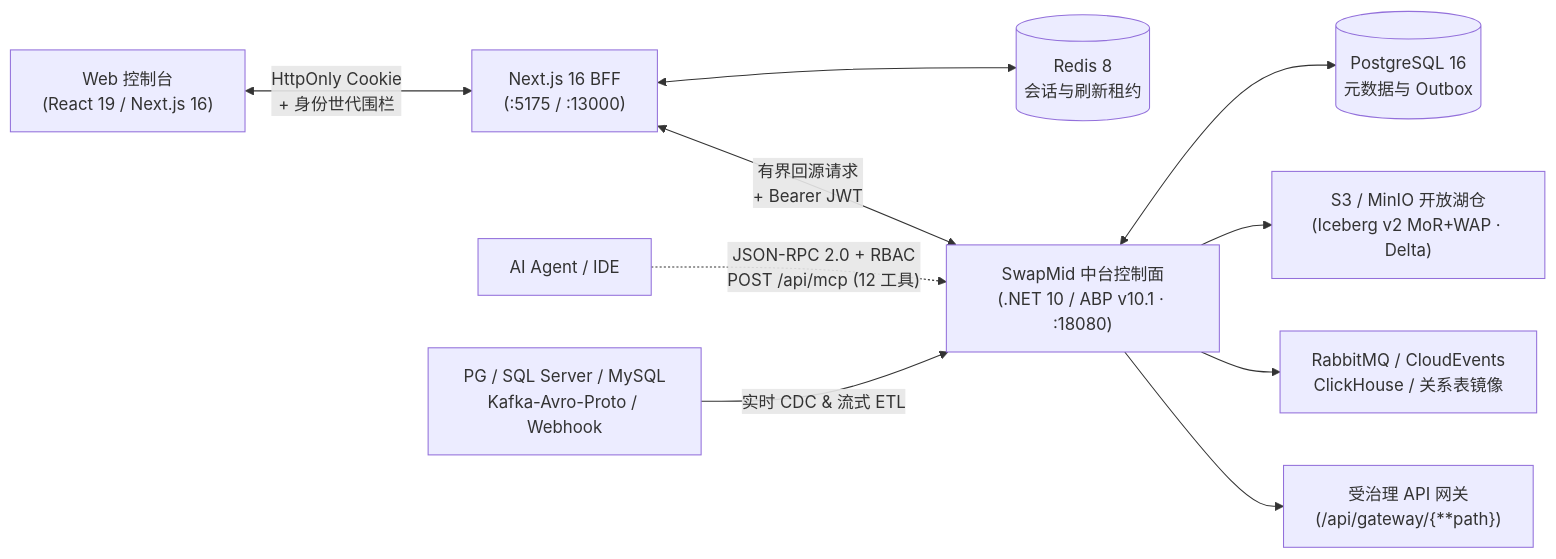
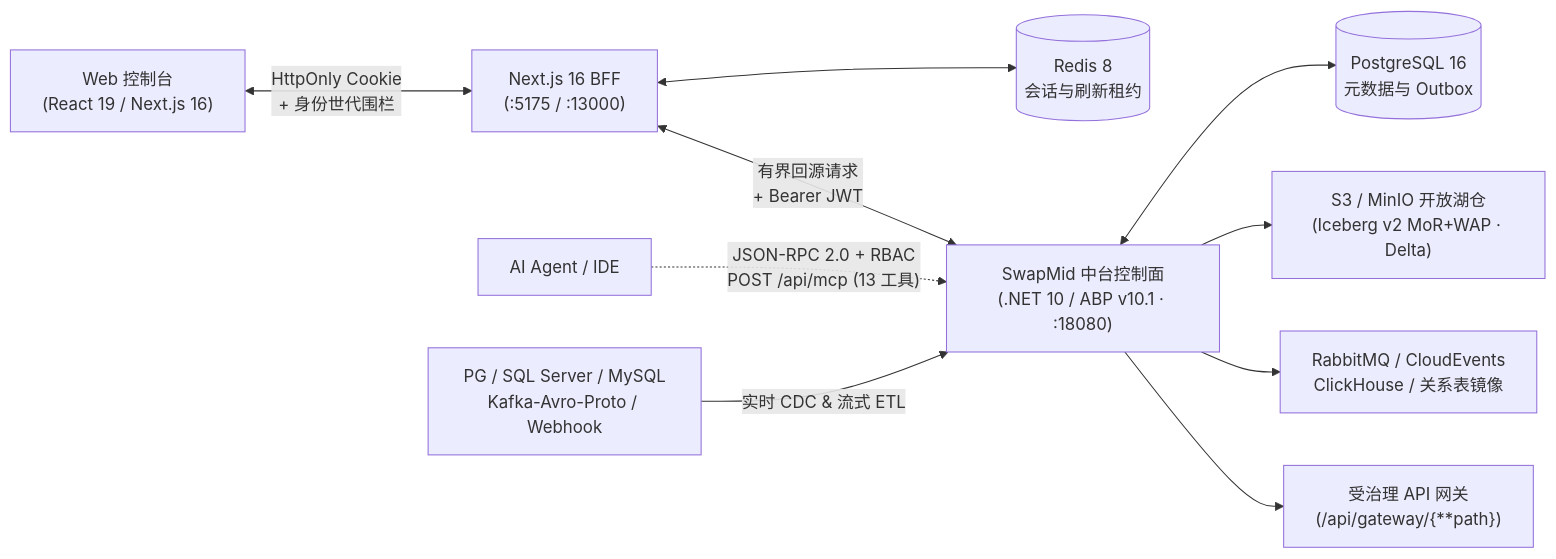
The diagram in README.zh-CN.md (q871958549/SwapMid), drawn with Mermaid before and after one commit. The commit also changed other lines of this file and 68 other files, not shown here.

````diff
--- a/README.zh-CN.md
+++ b/README.zh-CN.md
@@ -31,12 +31,12 @@
 ```mermaid
 flowchart LR
   Browser["Web 控制台\n(React 19 / Next.js 16)"] <-->|"HttpOnly Cookie\n+ 身份世代围栏"| BFF["Next.js 16 BFF\n(:5175 / :13000)"]
   BFF <--> Redis[("Redis 8\n会话与刷新租约")]
   BFF <-->|"有界回源请求\n+ Bearer JWT"| Core["SwapMid 中台控制面\n(.NET 10 / ABP v10.1 · :18080)"]
-  AI["AI Agent / IDE"] -.->|"JSON-RPC 2.0 + RBAC\nPOST /api/mcp (12 工具)"| Core
+  AI["AI Agent / IDE"] -.->|"JSON-RPC 2.0 + RBAC\nPOST /api/mcp (13 工具)"| Core
   Core <--> PG[("PostgreSQL 16\n元数据与 Outbox")]
   Sources["PG / SQL Server / MySQL\nKafka-Avro-Proto / Webhook"] -->|"实时 CDC & 流式 ETL"| Core
   Core --> Lake["S3 / MinIO 开放湖仓\n(Iceberg v2 MoR+WAP · Delta)"]
   Core --> Bus["RabbitMQ / CloudEvents\nClickHouse / 关系表镜像"]
   Core --> Upstreams["受治理 API 网关\n(/api/gateway/{**path})"]
 ```
````
